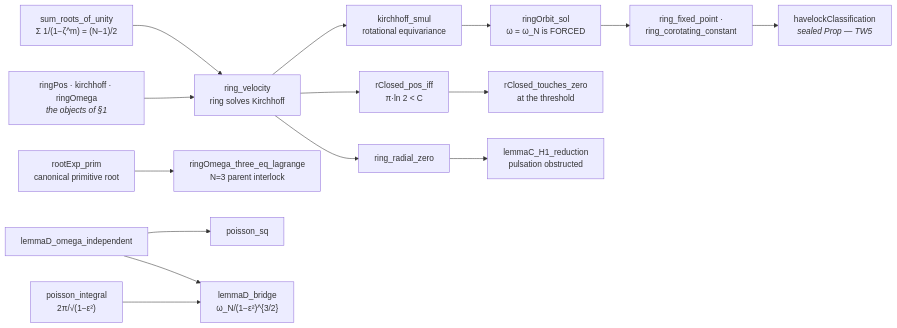
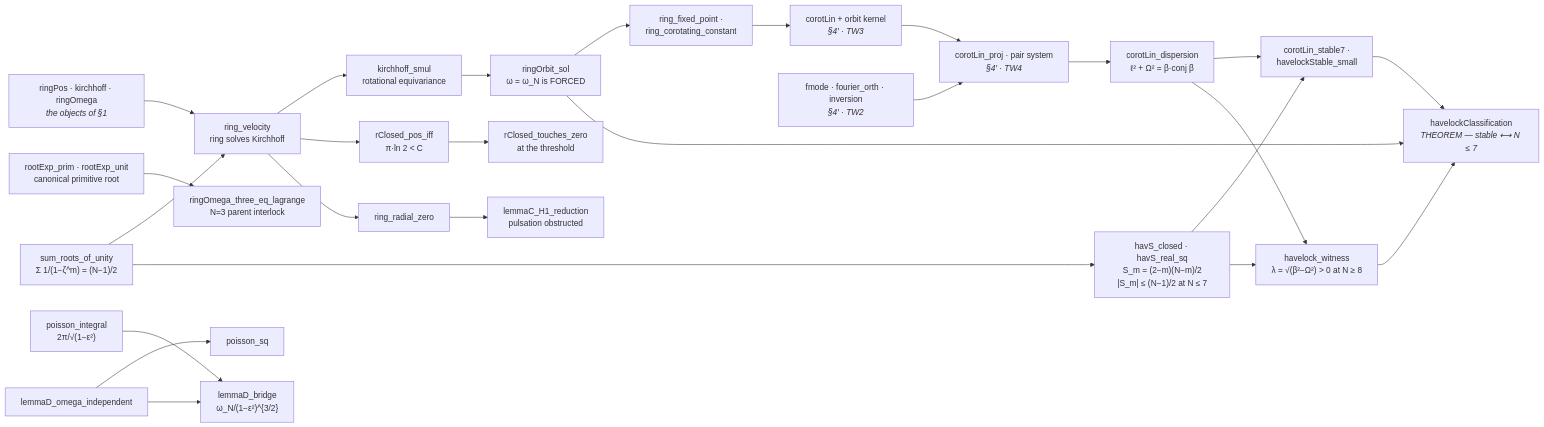
One commit to wild8highlander/Trivortex changed the second of 5 diagrams in polyvortex/polyvortex_lean4/README.md. Above: the diagram before and after it, drawn with Mermaid. The commit also changed other lines of this file and 27 other files, not shown here.

````diff
--- a/polyvortex/polyvortex_lean4/README.md
+++ b/polyvortex/polyvortex_lean4/README.md
@@ -280,31 +331,48 @@
 ```mermaid
 flowchart LR
     OBJ["ringPos · kirchhoff · ringOmega<br/><i>the objects of §1</i>"]
     ID["sum_roots_of_unity<br/>Σ 1/(1−ζ^m) = (N−1)/2"]
     RV["ring_velocity<br/>ring solves Kirchhoff"]
     EQ["kirchhoff_smul<br/>rotational equivariance"]
     FOR["ringOrbit_sol<br/>ω = ω_N is FORCED"]
-    PR["rootExp_prim<br/>canonical primitive root"]
+    PR["rootExp_prim · rootExp_unit<br/>canonical primitive root"]
     INT["ringOmega_three_eq_lagrange<br/>N=3 parent interlock"]
     H1["rClosed_pos_iff<br/>π·ln 2 < C"]
     TOUCH["rClosed_touches_zero<br/>at the threshold"]
     RZ["ring_radial_zero"]
     OB["lemmaC_H1_reduction<br/>pulsation obstructed"]
     PI["poisson_integral<br/>2π/√(1−ε²)"]
     PISQ["poisson_sq"]
     AVG["lemmaD_omega_independent"]
     BRD["lemmaD_bridge<br/>ω_N/(1−ε²)^{3/2}"]
+    CL["corotLin + orbit kernel<br/><i>§4′ · TW3</i>"]
+    FOUR["fmode · fourier_orth · inversion<br/><i>§4′ · TW2</i>"]
+    PROJ["corotLin_proj · pair system<br/><i>§4′ · TW4</i>"]
+    DISP["corotLin_dispersion<br/>ℓ² + Ω² = β·conj β"]
+    HAVS["havS_closed · havS_real_sq<br/>S_m = (2−m)(N−m)/2<br/>|S_m| ≤ (N−1)/2 at N ≤ 7"]
+    ST7["corotLin_stable7 ·<br/>havelockStable_small"]
+    WIT["havelock_witness<br/>λ = √(β²−Ω²) > 0 at N ≥ 8"]
+    CLS["havelockClassification<br/><i>THEOREM — stable ⟷ N ≤ 7</i>"]
     FP["ring_fixed_point ·<br/>ring_corotating_constant"]
-    W4["havelockClassification<br/><i>sealed Prop — TW5</i>"]
 
     OBJ --> RV
     ID --> RV
     RV --> EQ --> FOR
     PR --> INT
     RV --> H1 --> TOUCH
     RV --> RZ --> OB
     AVG --> PISQ
     PI --> BRD
     AVG --> BRD
-    FOR --> FP --> W4
+    FOR --> FP --> CL
+    FOUR --> PROJ --> DISP
+    ID --> HAVS
+    CL --> PROJ
+    DISP --> ST7
+    HAVS --> ST7
+    DISP --> WIT
+    HAVS --> WIT
+    FOR --> CLS
+    ST7 --> CLS
+    WIT --> CLS
 ```
````
